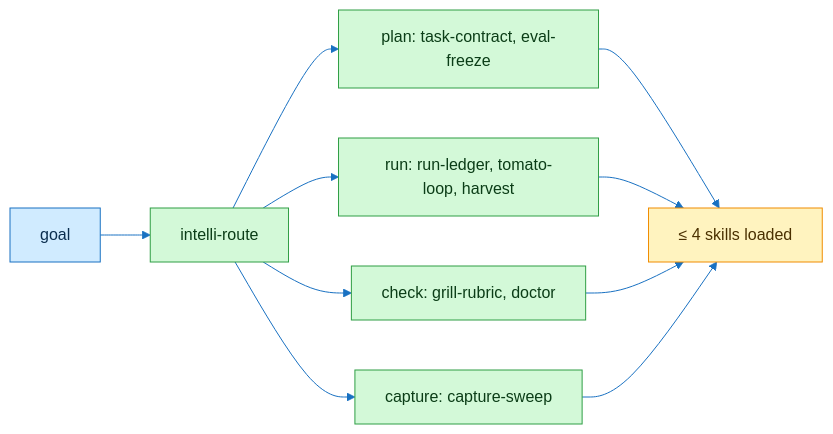
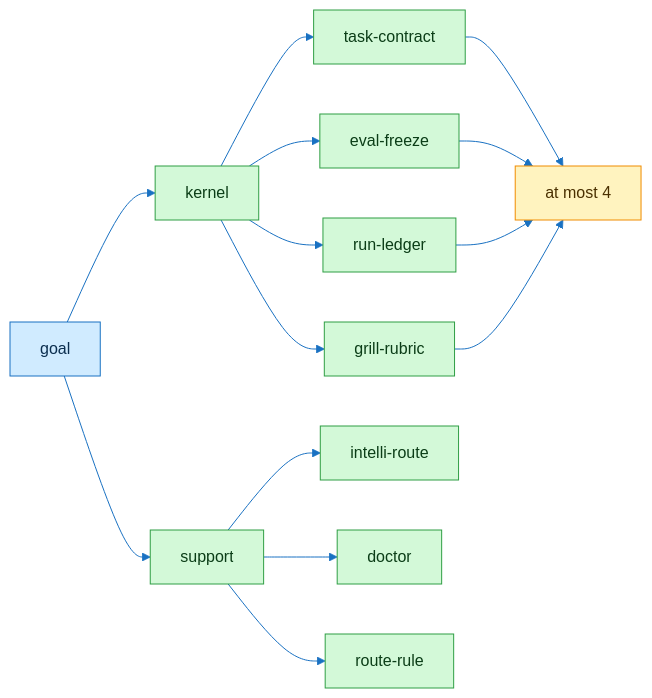
Before and after one commit to thecuriousts/ensembly: the diagram in marketplaces/cursor/flowingstack/skills/flowingstack/SKILL.md, drawn with Mermaid. The commit also changed other lines of this file and 23 other files, not shown here.

First line of the commit message:
flowingstack: keep house rules off the default path

````diff
--- a/marketplaces/cursor/flowingstack/skills/flowingstack/SKILL.md
+++ b/marketplaces/cursor/flowingstack/skills/flowingstack/SKILL.md
@@ -13,17 +13,20 @@
 ```mermaid
 %%{init: {"theme": "base", "themeVariables": {"primaryColor": "#fff3bf", "primaryBorderColor": "#f08c00", "primaryTextColor": "#4a3000", "secondaryColor": "#d0ebff", "tertiaryColor": "#d3f9d8", "lineColor": "#1971c2", "fontFamily": "Inter"}}}%%
 flowchart LR
-%%{init: {"theme": "base", "themeVariables": {"primaryColor": "#fff3bf", "primaryBorderColor": "#f08c00", "lineColor": "#1971c2", "fontFamily": "Inter"}}}%%
-  g["goal"] --> r["intelli-route"]
-  r --> p["plan: task-contract, eval-freeze"]
-  r --> u["run: run-ledger, tomato-loop, harvest"]
-  r --> c["check: grill-rubric, doctor"]
-  r --> s["capture: capture-sweep"]
-  p & u & c & s --> o["≤ 4 skills loaded"]
+  g["goal"] --> k["kernel"]
+  k --> tc["task-contract"]
+  k --> ef["eval-freeze"]
+  k --> rl["run-ledger"]
+  k --> gr["grill-rubric"]
+  g --> s["support"]
+  s --> ir["intelli-route"]
+  s --> dr["doctor"]
+  s --> rr["route-rule"]
+  tc & ef & rl & gr --> o["at most 4"]
   classDef input fill:#d0ebff,stroke:#1971c2,color:#0b2e4f
   classDef task fill:#d3f9d8,stroke:#2f9e44,color:#0b3d17
   classDef action fill:#fff3bf,stroke:#f08c00,color:#4a3000
   class g input
-  class r,p,u,c,s task
+  class k,tc,ef,rl,gr,s,ir,dr,rr task
   class o action
 ```
````
